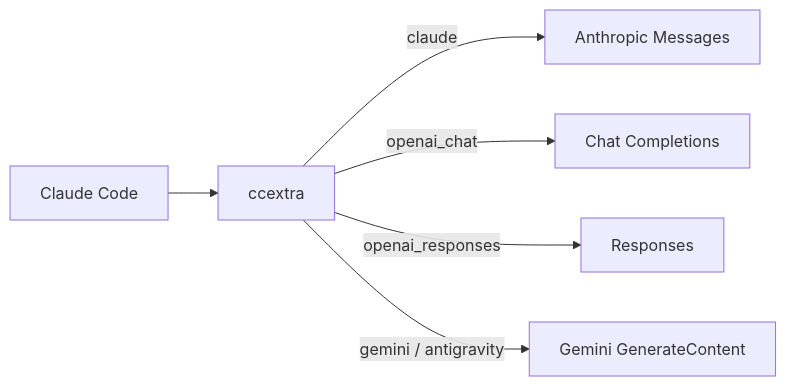
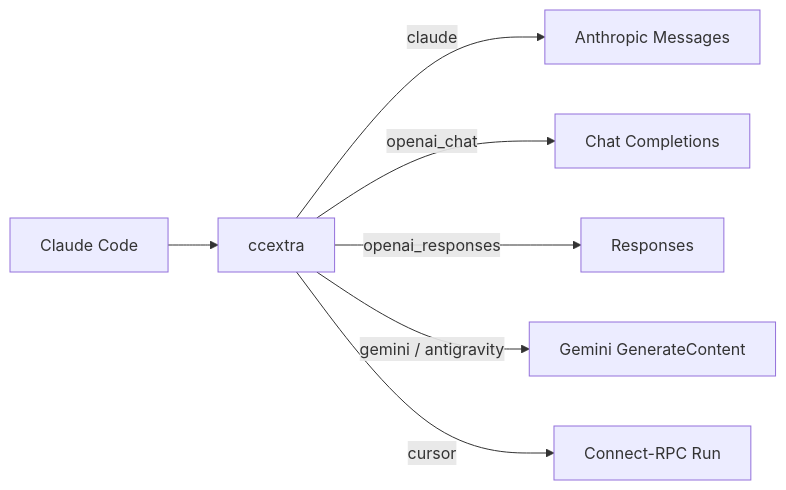
One commit to knoxwh/ccextra changed the diagram in README.en.md. Above: the diagram before and after it, drawn with Mermaid. The commit also changed other lines of this file and 56 other files, not shown here.

Commit message:
feat(cursor): implement cursor reverse proxy upstream via connect-rpc

````diff
--- a/README.en.md
+++ b/README.en.md
@@ -45,8 +45,9 @@
 ```mermaid
 flowchart LR
     CC["Claude Code"] --> P["ccextra"]
     P -->|claude| A["Anthropic Messages"]
     P -->|openai_chat| B["Chat Completions"]
     P -->|openai_responses| C["Responses"]
     P -->|gemini / antigravity| D["Gemini GenerateContent"]
+    P -->|cursor| E["Connect-RPC Run"]
 ```
````
